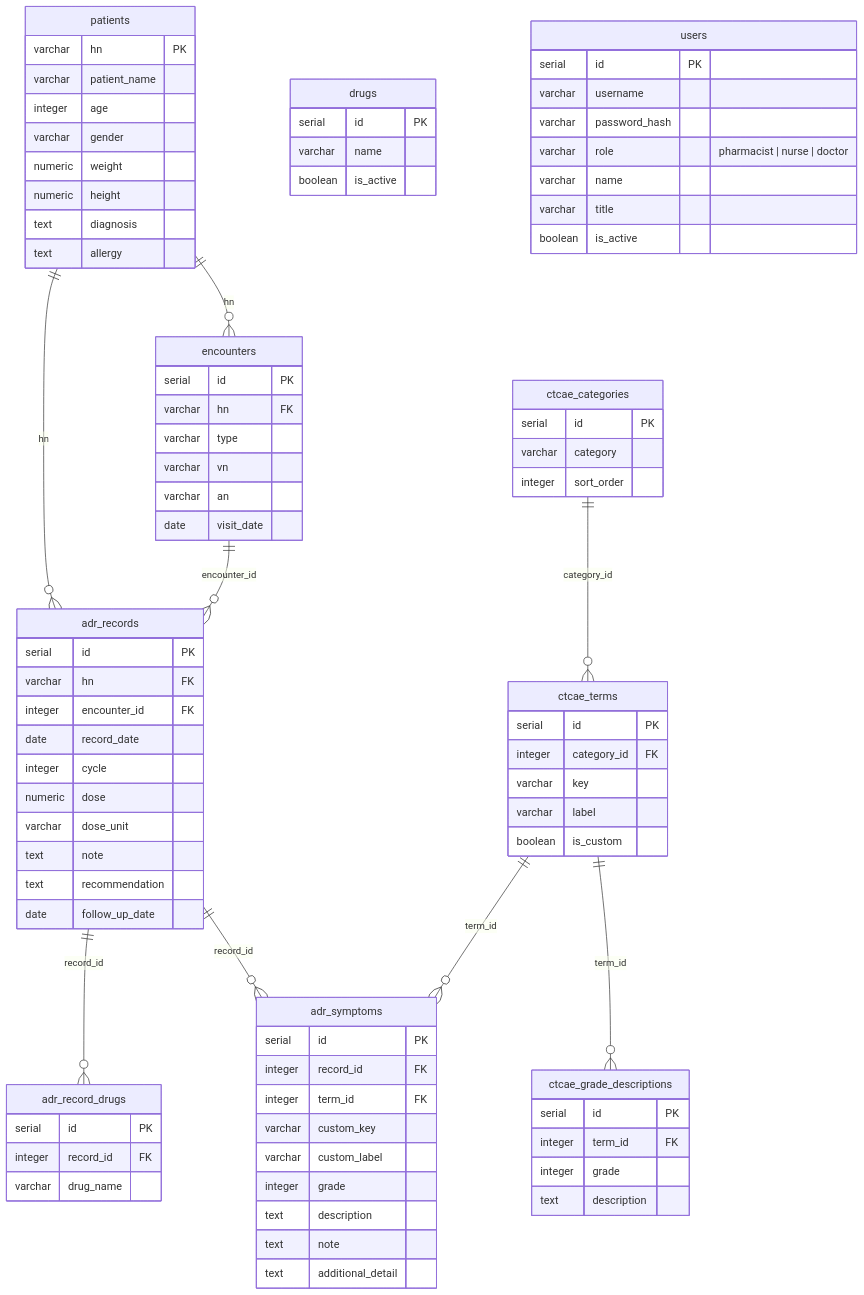
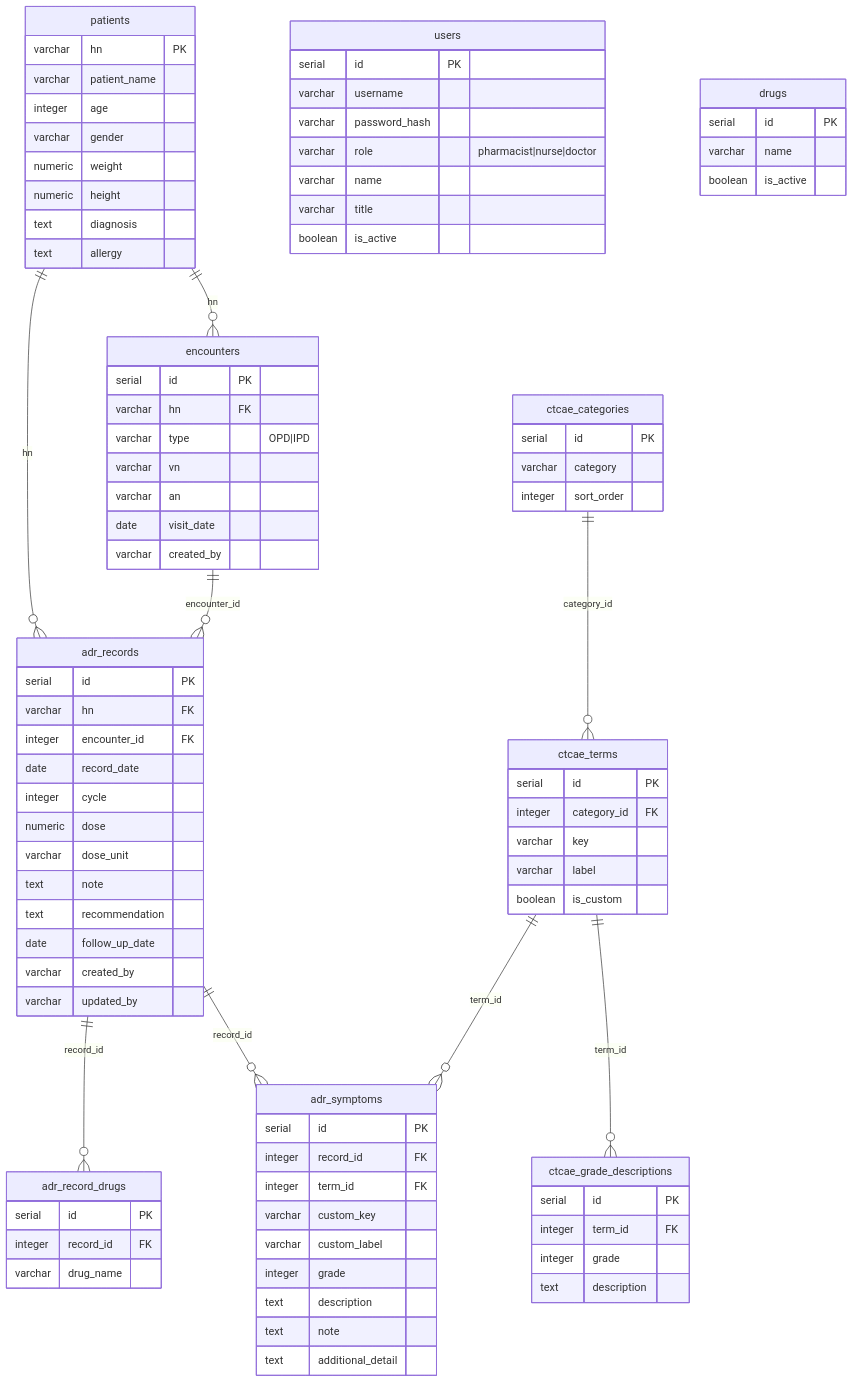
The diagram in SCHEMA.md (daanaayaa/ADR-Tracking-System), drawn with Mermaid before and after one commit. The commit also changed other lines of this file and 2 other files, not shown here.

Commit message:
update backend and schema

````diff
--- a/SCHEMA.md
+++ b/SCHEMA.md
@@ -475,13 +663,13 @@
 ```mermaid
 erDiagram
-    patients ||--o{ encounters         : "hn"
-    patients ||--o{ adr_records        : "hn"
-    encounters ||--o{ adr_records      : "encounter_id"
-    adr_records ||--o{ adr_record_drugs: "record_id"
-    adr_records ||--o{ adr_symptoms    : "record_id"
-    ctcae_categories ||--o{ ctcae_terms: "category_id"
-    ctcae_terms ||--o{ ctcae_grade_descriptions: "term_id"
-    ctcae_terms ||--o{ adr_symptoms    : "term_id"
+    patients ||--o{ encounters                  : "hn"
+    patients ||--o{ adr_records                 : "hn"
+    encounters ||--o{ adr_records               : "encounter_id"
+    adr_records ||--o{ adr_record_drugs         : "record_id"
+    adr_records ||--o{ adr_symptoms             : "record_id"
+    ctcae_categories ||--o{ ctcae_terms         : "category_id"
+    ctcae_terms ||--o{ ctcae_grade_descriptions : "term_id"
+    ctcae_terms ||--o{ adr_symptoms             : "term_id"
 
     patients {
         varchar hn PK
@@ -494,13 +682,24 @@
         text    allergy
     }
 
+    users {
+        serial  id PK
+        varchar username
+        varchar password_hash
+        varchar role "pharmacist|nurse|doctor"
+        varchar name
+        varchar title
+        boolean is_active
+    }
+
     encounters {
         serial  id PK
         varchar hn FK
-        varchar type
+        varchar type "OPD|IPD"
         varchar vn
         varchar an
         date    visit_date
+        varchar created_by
     }
 
     adr_records {
@@ -514,6 +713,8 @@
         text    note
         text    recommendation
         date    follow_up_date
+        varchar created_by
+        varchar updated_by
     }
 
     adr_record_drugs {
@@ -560,14 +761,4 @@
         varchar name
         boolean is_active
     }
-
-    users {
-        serial  id PK
-        varchar username
-        varchar password_hash
-        varchar role "pharmacist | nurse | doctor"
-        varchar name
-        varchar title
-        boolean is_active
-    }
 ```
````
